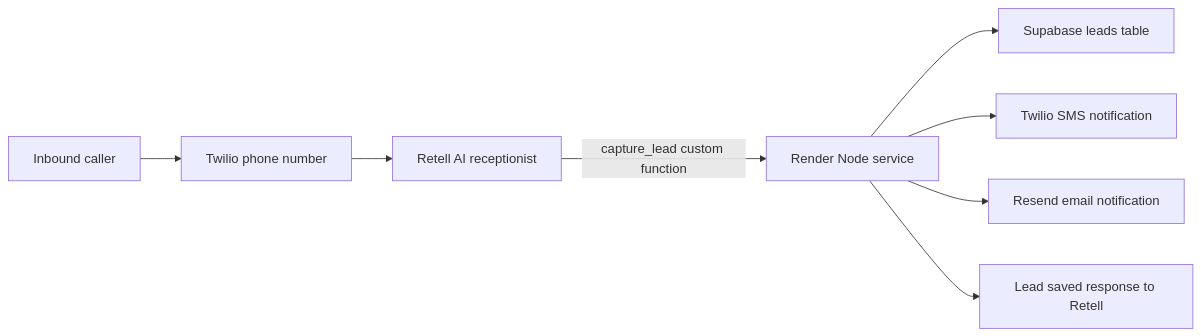
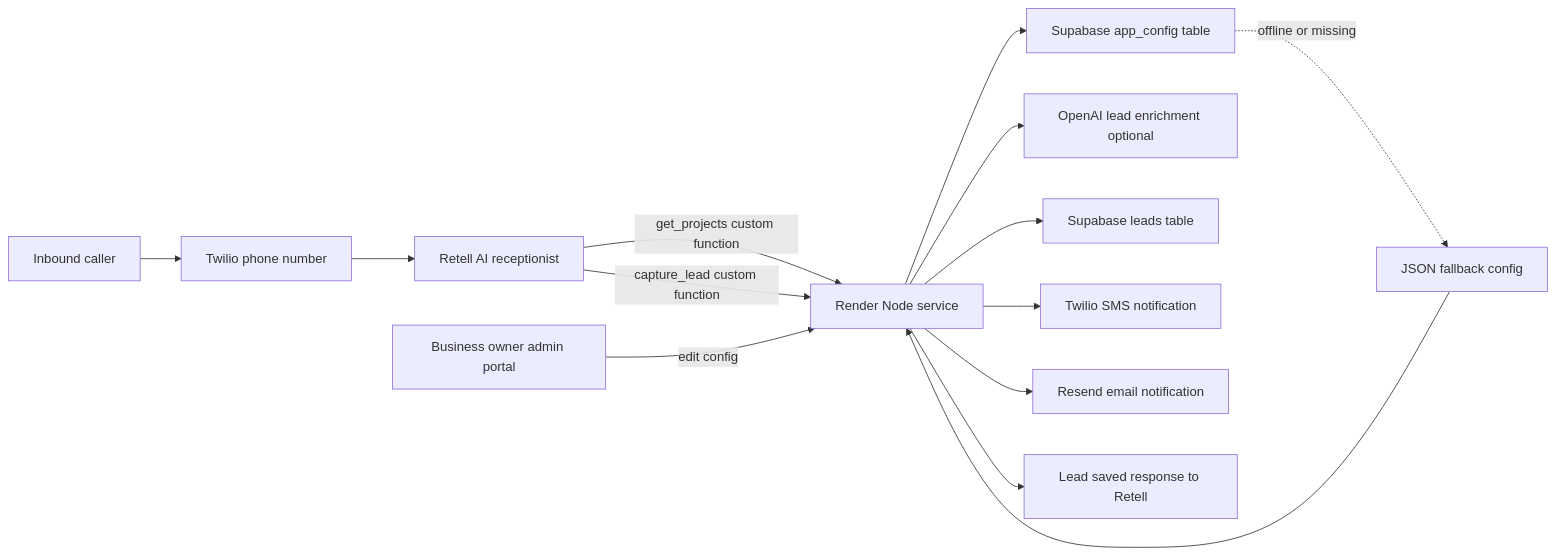
One commit to LindaLiu2013/retell-twilio-supabase-realestate-demo changed the diagram in README.md. Above: the diagram before and after it, drawn with Mermaid. The commit also changed other lines of this file and 27 other files, not shown here.

Commit message:
Add real estate AI receptionist enrichment flow

````diff
--- a/README.md
+++ b/README.md
@@ -9,10 +9,16 @@
 ```mermaid
 flowchart LR
   Caller["Inbound caller"] --> Twilio["Twilio phone number"]
   Twilio --> Retell["Retell AI receptionist"]
+  Retell -->|"get_projects custom function"| API["Render Node service"]
   Retell -->|"capture_lead custom function"| API["Render Node service"]
+  Admin["Business owner admin portal"] -->|"edit config"| API
+  API --> Config["Supabase app_config table"]
+  Config -. "offline or missing" .-> JSON["JSON fallback config"]
+  JSON --> API
+  API --> OpenAI["OpenAI lead enrichment optional"]
   API --> Supabase["Supabase leads table"]
   API --> SMS["Twilio SMS notification"]
   API --> Email["Resend email notification"]
   API --> RetellResult["Lead saved response to Retell"]
 ```
````
